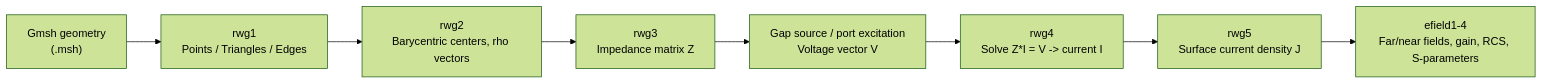
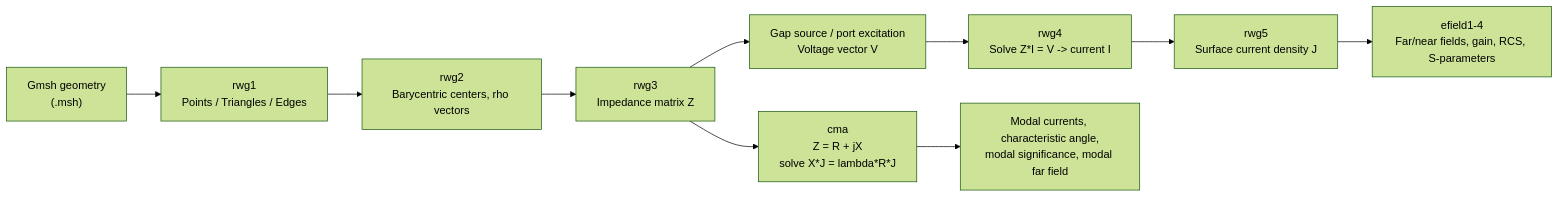
One commit to FahdilOuro/Antenna_Solver_MoM changed the diagram in README.md. Above: the diagram before and after it, drawn with Mermaid (forest theme). The commit also changed other lines of this file and 10 other files, not shown here.

````diff
--- a/README.md
+++ b/README.md
@@ -29,10 +31,12 @@
 ```mermaid
 flowchart LR
     A["Gmsh geometry<br/>(.msh)"] --> B["rwg1<br/>Points / Triangles / Edges"]
     B --> C["rwg2<br/>Barycentric centers, rho vectors"]
     C --> D["rwg3<br/>Impedance matrix Z"]
     D --> E["Gap source / port excitation<br/>Voltage vector V"]
     E --> F["rwg4<br/>Solve Z*I = V -> current I"]
     F --> G["rwg5<br/>Surface current density J"]
     G --> H["efield1-4<br/>Far/near fields, gain, RCS, S-parameters"]
+    D --> I["cma<br/>Z = R + jX<br/>solve X*J = lambda*R*J"]
+    I --> J["Modal currents, characteristic angle,<br/>modal significance, modal far field"]
 ```
````
